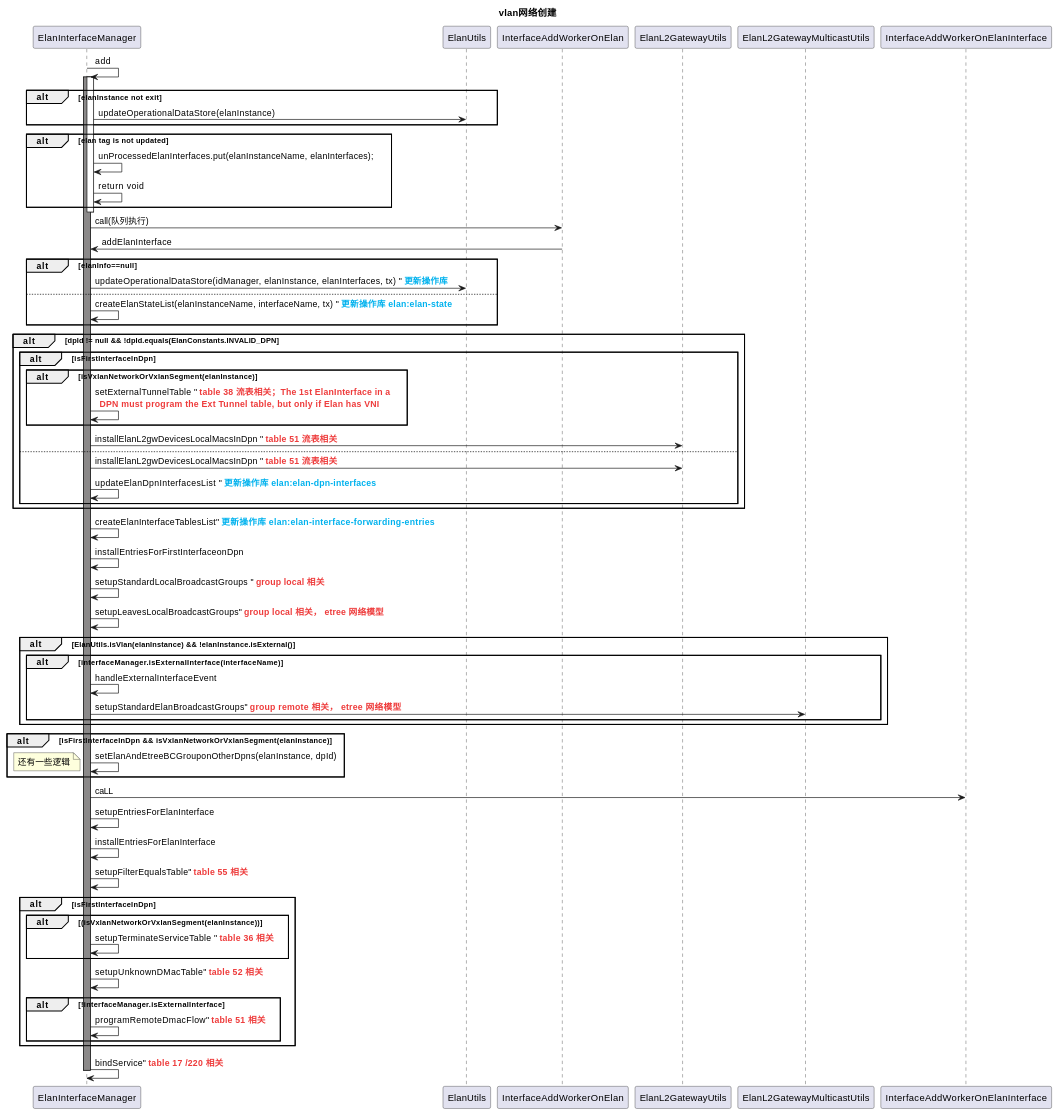
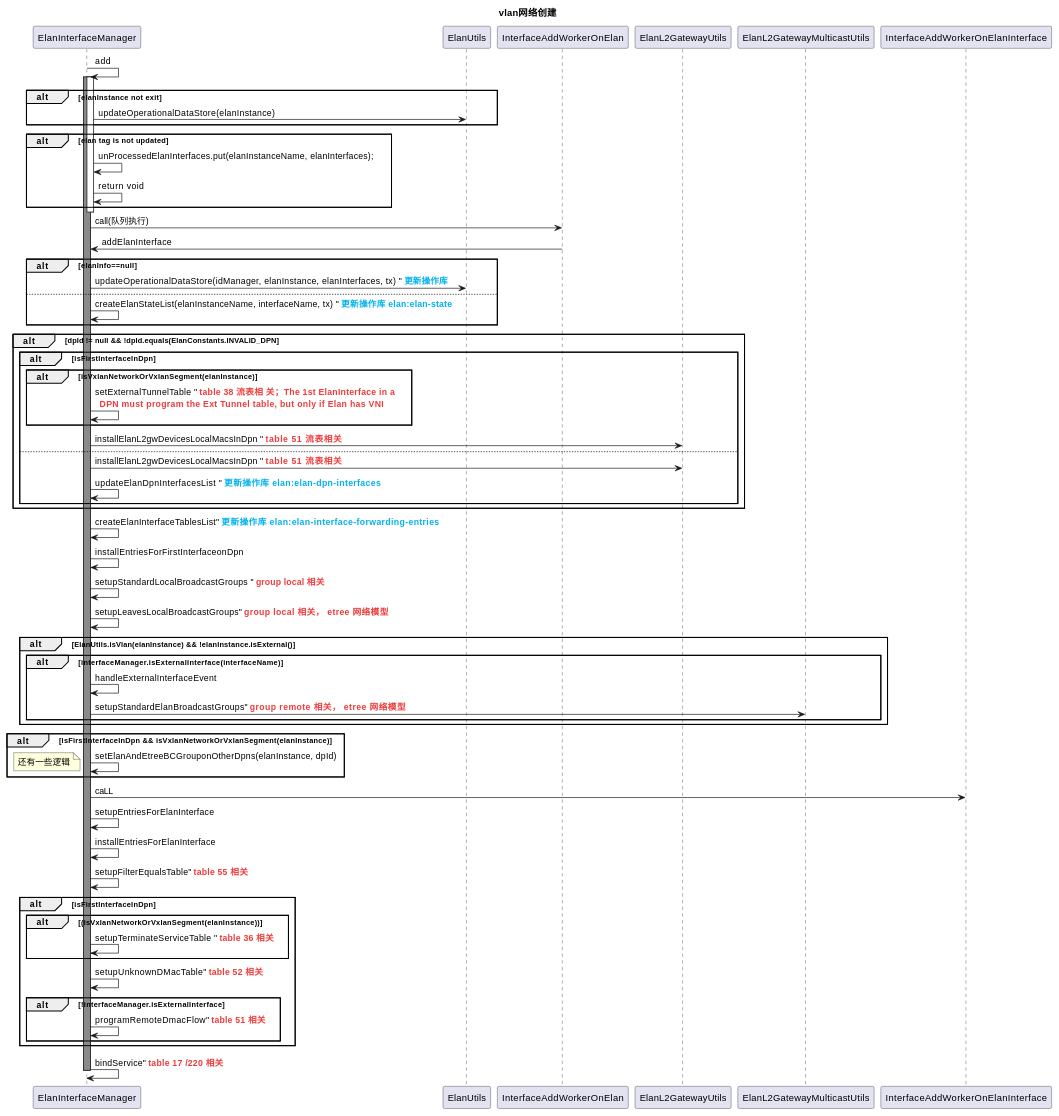
Before and after one commit to jiangwei618/vuepress-them-from-reco: diagram 11 of 11 in 框架/odl/netvirt/1network.md, drawn with PlantUML. The commit also changed other lines of this file and 12 other files, not shown here.

````diff
--- a/框架/odl/netvirt/1network.md
+++ b/框架/odl/netvirt/1network.md
@@ -453,73 +501,73 @@
-```plantuml
-@startuml
-title vlan网络创建
-ElanInterfaceManager ->ElanInterfaceManager:add
-activate ElanInterfaceManager #8B8989
-activate ElanInterfaceManager
-alt elanInstance not exit
-    ElanInterfaceManager ->ElanUtils:updateOperationalDataStore(elanInstance)
-end
-
-alt  elan tag is not updated
-    ElanInterfaceManager->ElanInterfaceManager:unProcessedElanInterfaces.put(elanInstanceName, elanInterfaces);
-    ElanInterfaceManager->ElanInterfaceManager:return void
-end
-deactivate ElanInterfaceManager
-ElanInterfaceManager->InterfaceAddWorkerOnElan:call(队列执行)
-InterfaceAddWorkerOnElan -> ElanInterfaceManager:addElanInterface
-alt elanInfo==null
-ElanInterfaceManager -> ElanUtils:updateOperationalDataStore(idManager, elanInstance, elanInterfaces, tx) "<font color=#00B2EE><b> 更新操作库
-else  
-ElanInterfaceManager -> ElanInterfaceManager:createElanStateList(elanInstanceName, interfaceName, tx) "<font color=#00B2EE><b> 更新操作库 elan:elan-state
-end
-
-alt dpId != null && !dpId.equals(ElanConstants.INVALID_DPN
-    alt isFirstInterfaceInDpn
-        alt isVxlanNetworkOrVxlanSegment(elanInstance)
-            ElanInterfaceManager -> ElanInterfaceManager:setExternalTunnelTable "<font color=#EE3B3B><b> table 38 流表相关；The 1st ElanInterface in a \n <font color=#EE3B3B><b> DPN must program the Ext Tunnel table, but only if Elan has VNI     
-        end
-        ElanInterfaceManager -> ElanL2GatewayUtils:installElanL2gwDevicesLocalMacsInDpn "<font color=#EE3B3B><b> table 51 流表相关
-    else
-        ElanInterfaceManager -> ElanL2GatewayUtils:installElanL2gwDevicesLocalMacsInDpn "<font color=#EE3B3B><b> table 51 流表相关
-        ElanInterfaceManager ->ElanInterfaceManager:updateElanDpnInterfacesList  "<font color=#00B2EE><b> 更新操作库 elan:elan-dpn-interfaces
-    end
-end
-ElanInterfaceManager ->ElanInterfaceManager:createElanInterfaceTablesList"<font color=#00B2EE><b> 更新操作库 elan:elan-interface-forwarding-entries
-ElanInterfaceManager ->ElanInterfaceManager:installEntriesForFirstInterfaceonDpn
-ElanInterfaceManager ->ElanInterfaceManager:setupStandardLocalBroadcastGroups "<font color=#EE3B3B><b> group local 相关
-ElanInterfaceManager ->ElanInterfaceManager:setupLeavesLocalBroadcastGroups"<font color=#EE3B3B><b> group local 相关， etree 网络模型
-
-alt ElanUtils.isVlan(elanInstance) && !elanInstance.isExternal()
-    alt interfaceManager.isExternalInterface(interfaceName)
-        ElanInterfaceManager ->ElanInterfaceManager:handleExternalInterfaceEvent
-        ElanInterfaceManager ->ElanL2GatewayMulticastUtils:setupStandardElanBroadcastGroups"<font color=#EE3B3B><b> group remote 相关， etree 网络模型
-    end
-end
-alt isFirstInterfaceInDpn && isVxlanNetworkOrVxlanSegment(elanInstance)
-    ElanInterfaceManager ->ElanInterfaceManager:setElanAndEtreeBCGrouponOtherDpns(elanInstance, dpId)
-    note left
-        还有一些逻辑
-    end note
-end
-
-ElanInterfaceManager ->InterfaceAddWorkerOnElanInterface:caLL
-ElanInterfaceManager ->ElanInterfaceManager:setupEntriesForElanInterface
-ElanInterfaceManager ->ElanInterfaceManager:installEntriesForElanInterface
-ElanInterfaceManager ->ElanInterfaceManager:setupFilterEqualsTable"<font color=#EE3B3B><b> table 55 相关
-
-alt isFirstInterfaceInDpn
-    alt (isVxlanNetworkOrVxlanSegment(elanInstance)) 
-        ElanInterfaceManager ->ElanInterfaceManager:setupTerminateServiceTable "<font color=#EE3B3B><b> table 36 相关        
-    end
-    ElanInterfaceManager ->ElanInterfaceManager:setupUnknownDMacTable"<font color=#EE3B3B><b> table 52 相关
-    alt !interfaceManager.isExternalInterface
-        ElanInterfaceManager ->ElanInterfaceManager:programRemoteDmacFlow"<font color=#EE3B3B><b> table 51 相关
-    end
-end
-ElanInterfaceManager ->ElanInterfaceManager:bindService"<font color=#EE3B3B><b> table 17 /220 相关
-deactivate ElanInterfaceManager
-
-
-@enduml
-
-```
+ ```plantuml
+ @startuml
+ title vlan网络创建
+ ElanInterfaceManager ->ElanInterfaceManager:add
+ activate ElanInterfaceManager #8B8989
+ activate ElanInterfaceManager
+ alt elanInstance not exit
+     ElanInterfaceManager ->ElanUtils:updateOperationalDataStore(elanInstance)
+ end
+ 
+ alt  elan tag is not updated
+     ElanInterfaceManager->ElanInterfaceManager:unProcessedElanInterfaces.put(elanInstanceName, elanInterfaces);
+     ElanInterfaceManager->ElanInterfaceManager:return void
+ end
+ deactivate ElanInterfaceManager
+ ElanInterfaceManager->InterfaceAddWorkerOnElan:call(队列执行)
+ InterfaceAddWorkerOnElan -> ElanInterfaceManager:addElanInterface
+ alt elanInfo==null
+ ElanInterfaceManager -> ElanUtils:updateOperationalDataStore(idManager, elanInstance, elanInterfaces, tx) "<font   color=#00B2EE><b> 更新操作库
+ else  
+ ElanInterfaceManager -> ElanInterfaceManager:createElanStateList(elanInstanceName, interfaceName, tx) "<font   color=#00B2EE><b> 更新操作库 elan:elan-state
+ end
+ 
+ alt dpId != null && !dpId.equals(ElanConstants.INVALID_DPN
+     alt isFirstInterfaceInDpn
+         alt isVxlanNetworkOrVxlanSegment(elanInstance)
+             ElanInterfaceManager -> ElanInterfaceManager:setExternalTunnelTable "<font color=#EE3B3B><b> table 38 流表相  关；The 1st ElanInterface in a \n <font color=#EE3B3B><b> DPN must program the Ext Tunnel table, but only if   Elan has VNI     
+         end
+         ElanInterfaceManager -> ElanL2GatewayUtils:installElanL2gwDevicesLocalMacsInDpn "<font color=#EE3B3B><b> table 51   流表相关
+     else
+         ElanInterfaceManager -> ElanL2GatewayUtils:installElanL2gwDevicesLocalMacsInDpn "<font color=#EE3B3B><b> table 51   流表相关
+         ElanInterfaceManager ->ElanInterfaceManager:updateElanDpnInterfacesList  "<font color=#00B2EE><b> 更新操作库   elan:elan-dpn-interfaces
+     end
+ end
+ ElanInterfaceManager ->ElanInterfaceManager:createElanInterfaceTablesList"<font color=#00B2EE><b> 更新操作库   elan:elan-interface-forwarding-entries
+ ElanInterfaceManager ->ElanInterfaceManager:installEntriesForFirstInterfaceonDpn
+ ElanInterfaceManager ->ElanInterfaceManager:setupStandardLocalBroadcastGroups "<font color=#EE3B3B><b> group local 相关
+ ElanInterfaceManager ->ElanInterfaceManager:setupLeavesLocalBroadcastGroups"<font color=#EE3B3B><b> group local 相关，   etree 网络模型
+ 
+ alt ElanUtils.isVlan(elanInstance) && !elanInstance.isExternal()
+     alt interfaceManager.isExternalInterface(interfaceName)
+         ElanInterfaceManager ->ElanInterfaceManager:handleExternalInterfaceEvent
+         ElanInterfaceManager ->ElanL2GatewayMulticastUtils:setupStandardElanBroadcastGroups"<font color=#EE3B3B><b> group   remote 相关， etree 网络模型
+     end
+ end
+ alt isFirstInterfaceInDpn && isVxlanNetworkOrVxlanSegment(elanInstance)
+     ElanInterfaceManager ->ElanInterfaceManager:setElanAndEtreeBCGrouponOtherDpns(elanInstance, dpId)
+     note left
+         还有一些逻辑
+     end note
+ end
+ 
+ ElanInterfaceManager ->InterfaceAddWorkerOnElanInterface:caLL
+ ElanInterfaceManager ->ElanInterfaceManager:setupEntriesForElanInterface
+ ElanInterfaceManager ->ElanInterfaceManager:installEntriesForElanInterface
+ ElanInterfaceManager ->ElanInterfaceManager:setupFilterEqualsTable"<font color=#EE3B3B><b> table 55 相关
+ 
+ alt isFirstInterfaceInDpn
+     alt (isVxlanNetworkOrVxlanSegment(elanInstance)) 
+         ElanInterfaceManager ->ElanInterfaceManager:setupTerminateServiceTable "<font color=#EE3B3B><b> table 36 相关          
+     end
+     ElanInterfaceManager ->ElanInterfaceManager:setupUnknownDMacTable"<font color=#EE3B3B><b> table 52 相关
+     alt !interfaceManager.isExternalInterface
+         ElanInterfaceManager ->ElanInterfaceManager:programRemoteDmacFlow"<font color=#EE3B3B><b> table 51 相关
+     end
+ end
+ ElanInterfaceManager ->ElanInterfaceManager:bindService"<font color=#EE3B3B><b> table 17 /220 相关
+ deactivate ElanInterfaceManager
+ 
+ 
+ @enduml
+ 
+ ```
````
